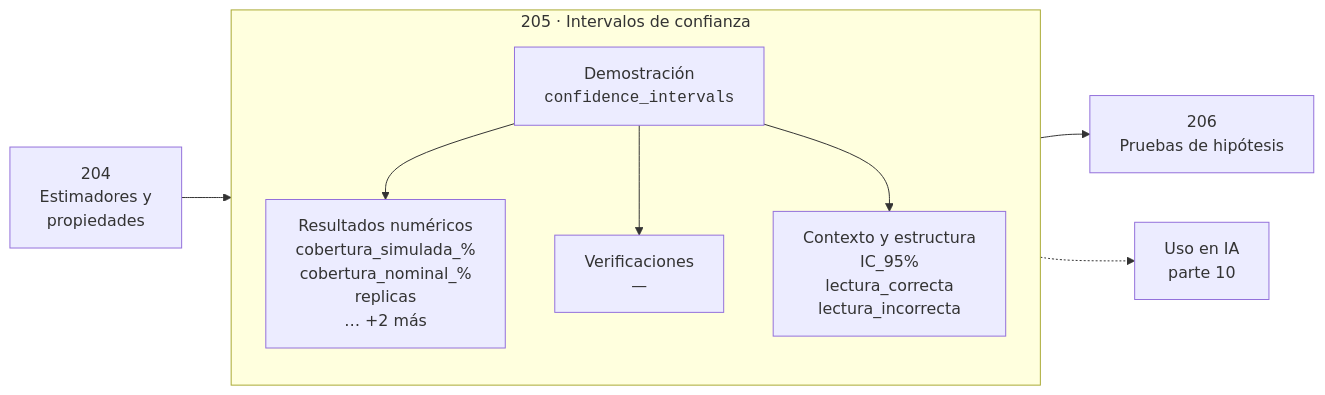
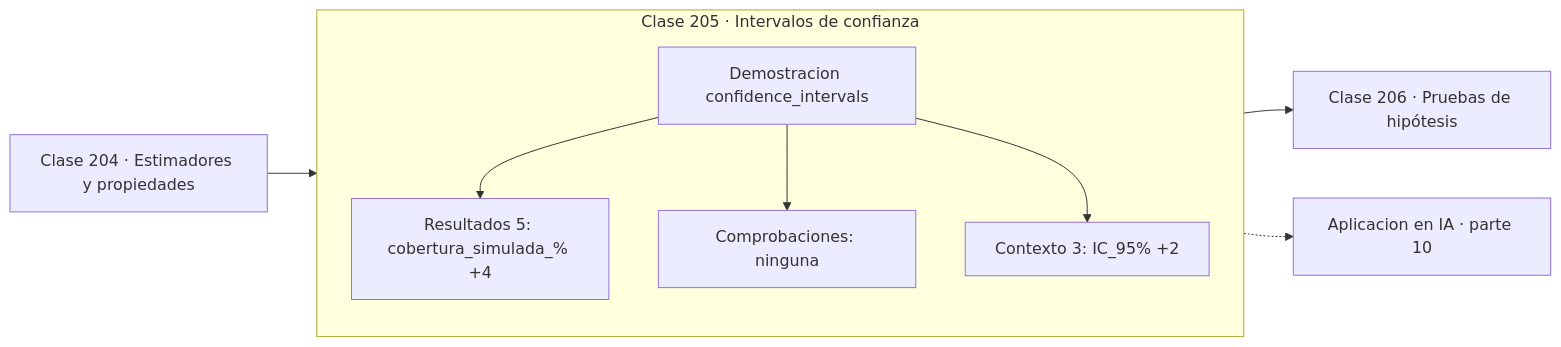
One commit to vladimiracunadev-create/computational-mathematics-program changed the diagram in classes/part-10-estadistica-e-inferencia/205-intervalos-de-confianza/README.md. Above: the diagram before and after it, drawn with Mermaid. The commit also changed 389 other files, not shown here.

First line of the commit message:
fix(diagramas): elimina el HTML de las etiquetas Mermaid

````diff
--- a/classes/part-10-estadistica-e-inferencia/205-intervalos-de-confianza/README.md
+++ b/classes/part-10-estadistica-e-inferencia/205-intervalos-de-confianza/README.md
@@ -30,12 +30,13 @@
 ```mermaid
 flowchart LR
-    P["204<br/>Estimadores y<br/>propiedades"] --> C
-    subgraph C["205 · Intervalos de confianza"]
+    P["Clase 204 · Estimadores y propiedades"] --> D
+    subgraph CLASE["Clase 205 · Intervalos de confianza"]
         direction TB
-        D["Demostración<br/><code>confidence_intervals</code>"] --> R["Resultados numéricos<br/>cobertura_simulada_%<br/>cobertura_nominal_%<br/>replicas<br/>… +2 más"]
-        D --> V["Verificaciones<br/>—"]
-        D --> O["Contexto y estructura<br/>IC_95%<br/>lectura_correcta<br/>lectura_incorrecta"]
+        D["Demostracion confidence_intervals"]
+        D --> R["Resultados 5: cobertura_simulada_% +4"]
+        D --> V["Comprobaciones: ninguna"]
+        D --> O["Contexto 3: IC_95% +2"]
     end
-    C --> N["206<br/>Pruebas de hipótesis"]
-    C -.-> IA["Uso en IA<br/>parte 10"]
+    R --> N["Clase 206 · Pruebas de hipótesis"]
+    V -.-> IA["Aplicacion en IA · parte 10"]
 ```
````
